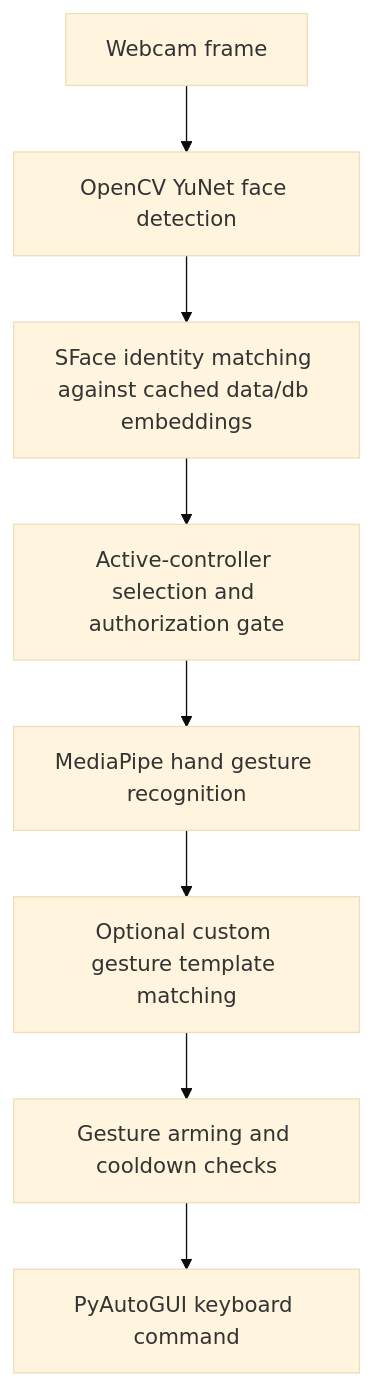
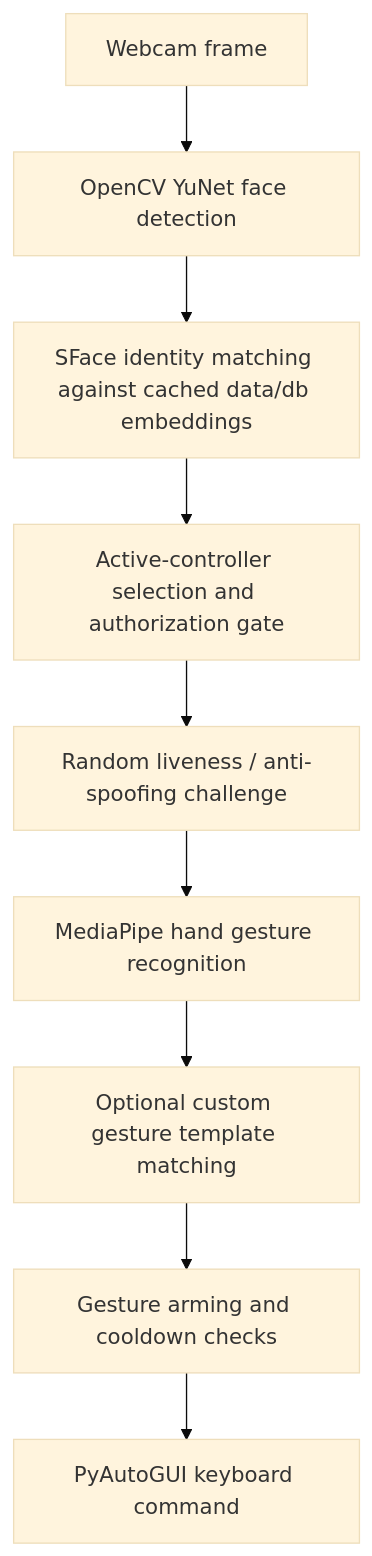
One commit to AbdelrahmanAboegela/vision-gesture-media-control changed the diagram in README.md. Above: the diagram before and after it, drawn with Mermaid (base theme). The commit also changed other lines of this file and 2 other files, not shown here.

Commit message:
Add randomized liveness challenge

````diff
--- a/README.md
+++ b/README.md
@@ -281,10 +309,11 @@
 ```mermaid
 flowchart TD
     A["Webcam frame"] --> B["OpenCV YuNet face detection"]
     B --> C["SFace identity matching against cached data/db embeddings"]
     C --> D["Active-controller selection and authorization gate"]
-    D --> E["MediaPipe hand gesture recognition"]
-    E --> F["Optional custom gesture template matching"]
-    F --> G["Gesture arming and cooldown checks"]
-    G --> H["PyAutoGUI keyboard command"]
+    D --> E["Random liveness / anti-spoofing challenge"]
+    E --> F["MediaPipe hand gesture recognition"]
+    F --> G["Optional custom gesture template matching"]
+    G --> H["Gesture arming and cooldown checks"]
+    H --> I["PyAutoGUI keyboard command"]
 ```
````
